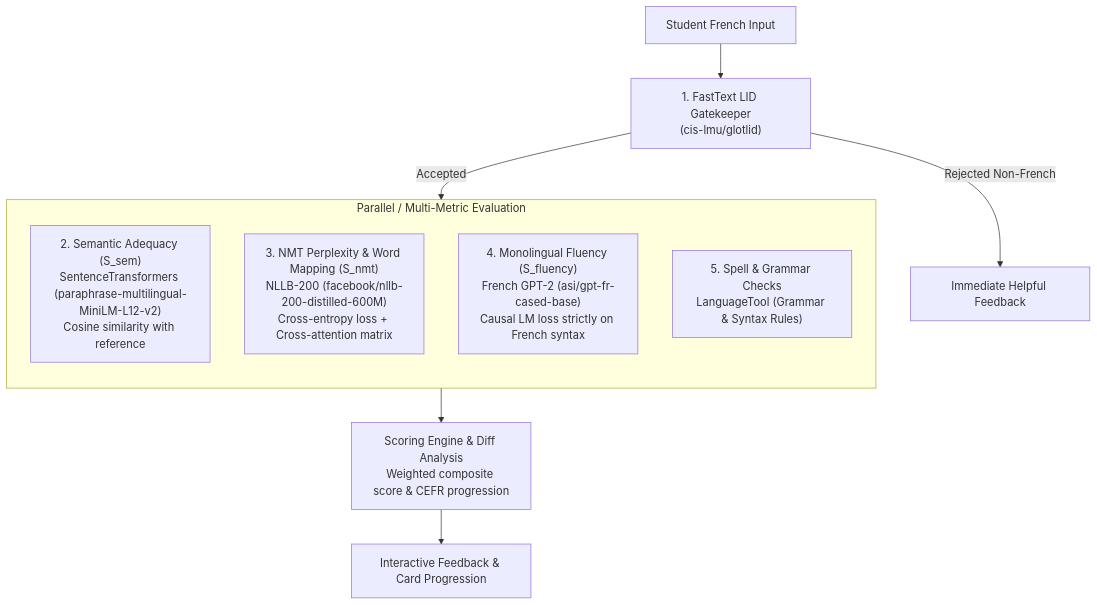
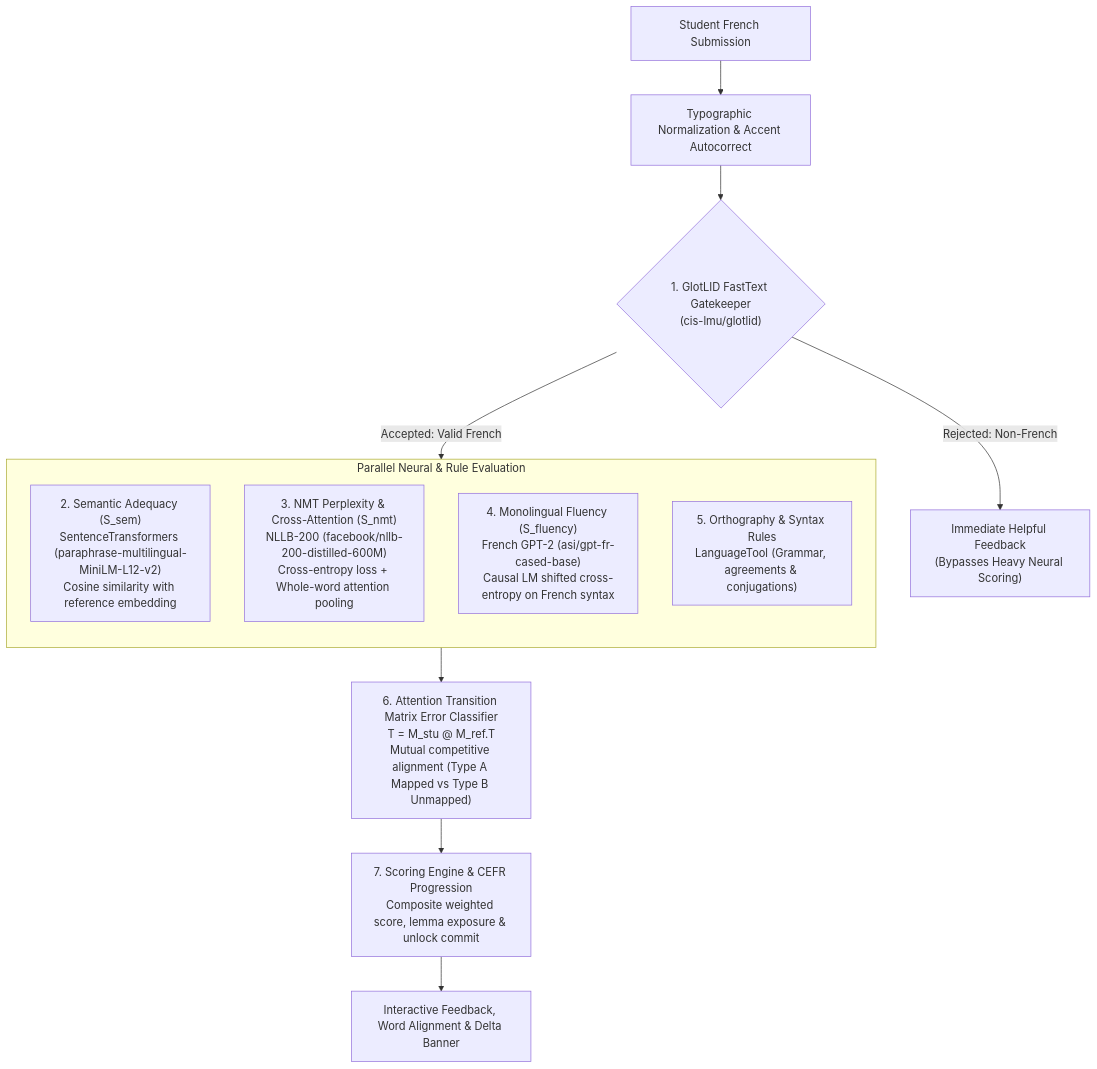
Before and after one commit to eyengabompongo8/deep-tutor: the first of 2 diagrams in README.md, drawn with Mermaid. The commit also changed other lines of this file and 2 other files, not shown here.

````diff
--- a/README.md
+++ b/README.md
@@ -47,17 +119,20 @@
 ```mermaid
 flowchart TD
-    Input["Student French Input"] --> LID["1. FastText LID Gatekeeper\n(cis-lmu/glotlid)"]
-    LID -->|Rejected Non-French| Reject["Immediate Helpful Feedback"]
-    LID -->|Accepted| EvalParallel["Evaluation Pipeline"]
+    Input["Student French Submission"] --> Typo["Typographic Normalization & Accent Autocorrect"]
+    Typo --> LID{"1. GlotLID FastText Gatekeeper\n(cis-lmu/glotlid)"}
+    
+    LID -->|Rejected: Non-French| Reject["Immediate Helpful Feedback\n(Bypasses Heavy Neural Scoring)"]
+    LID -->|Accepted: Valid French| EvalParallel["Parallel Multi-Metric Scoring"]
 
-    subgraph EvalParallel ["Parallel / Multi-Metric Evaluation"]
+    subgraph EvalParallel ["Parallel Neural & Rule Evaluation"]
         direction TB
-        S_sem["2. Semantic Adequacy (S_sem)\nSentenceTransformers (paraphrase-multilingual-MiniLM-L12-v2)\nCosine similarity with reference"]
-        S_nmt["3. NMT Perplexity & Word Mapping (S_nmt)\nNLLB-200 (facebook/nllb-200-distilled-600M)\nCross-entropy loss + Cross-attention matrix"]
-        S_fl["4. Monolingual Fluency (S_fluency)\nFrench GPT-2 (asi/gpt-fr-cased-base)\nCausal LM loss strictly on French syntax"]
-        S_spell["5. Spell & Grammar Checks\nLanguageTool (Grammar & Syntax Rules)"]
+        S_sem["2. Semantic Adequacy (S_sem)\nSentenceTransformers (paraphrase-multilingual-MiniLM-L12-v2)\nCosine similarity with reference embedding"]
+        S_nmt["3. NMT Perplexity & Cross-Attention (S_nmt)\nNLLB-200 (facebook/nllb-200-distilled-600M)\nCross-entropy loss + Whole-word attention pooling"]
+        S_fl["4. Monolingual Fluency (S_fluency)\nFrench GPT-2 (asi/gpt-fr-cased-base)\nCausal LM shifted cross-entropy on French syntax"]
+        S_spell["5. Orthography & Syntax Rules\nLanguageTool (Grammar, agreements & conjugations)"]
     end
 
-    EvalParallel --> Aggregator["Scoring Engine & Diff Analysis\nWeighted composite score & CEFR progression"]
-    Aggregator --> Output["Interactive Feedback & Card Progression"]
+    EvalParallel --> TransMatrix["6. Attention Transition Matrix Error Classifier\nT = M_stu @ M_ref.T\nMutual competitive alignment (Type A Mapped vs Type B Unmapped)"]
+    TransMatrix --> Aggregator["7. Scoring Engine & CEFR Progression\nComposite weighted score, lemma exposure & unlock commit"]
+    Aggregator --> Output["Interactive Feedback, Word Alignment & Delta Banner"]
 ```
````
